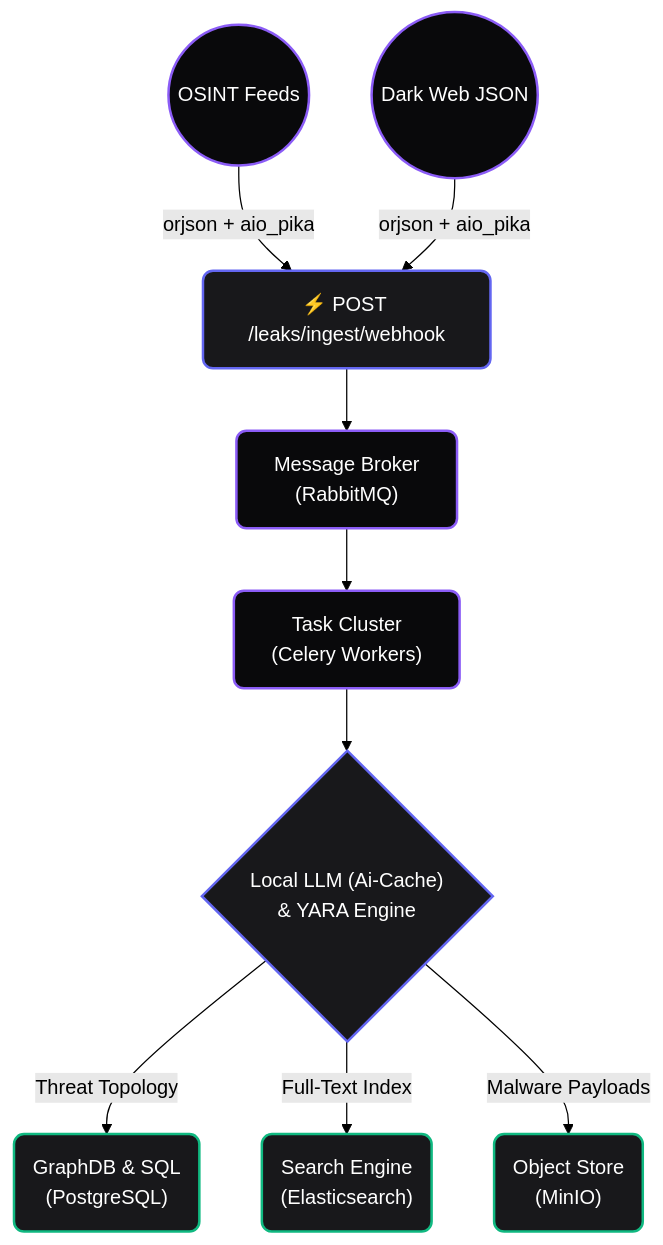
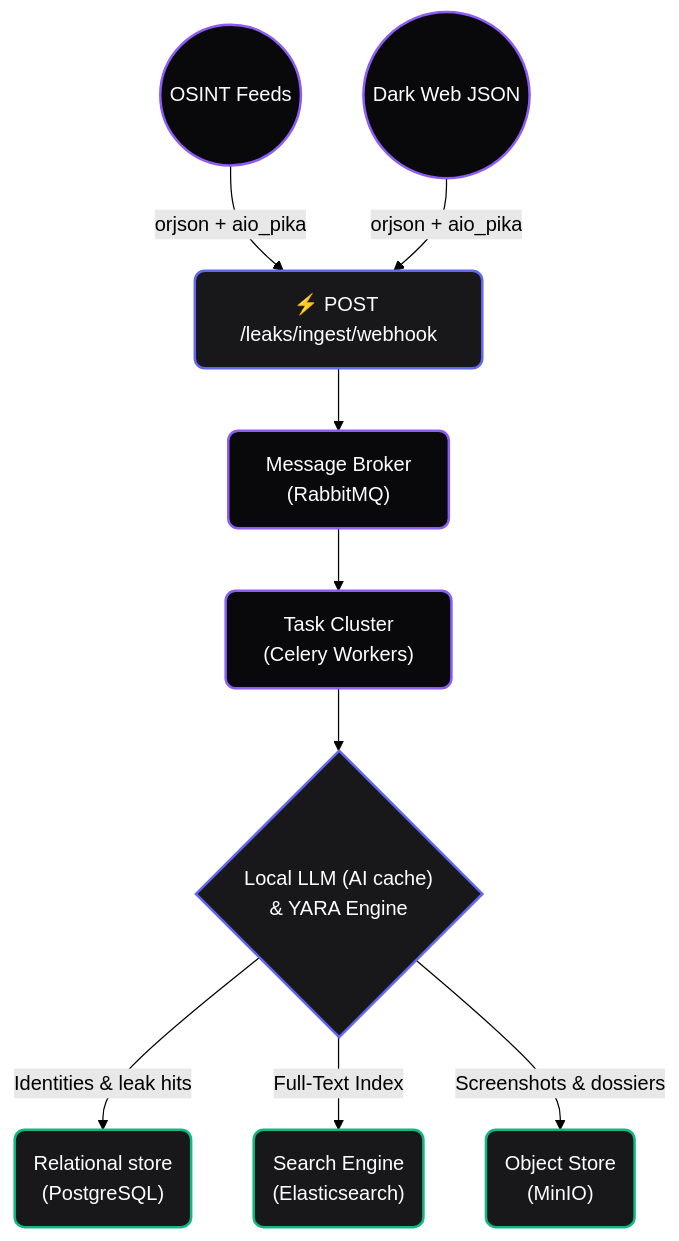
The diagram in README.md (fabriziosalmi/naso), drawn with Mermaid (forest theme) before and after one commit. The commit also changed other lines of this file and 13 other files, not shown here.

````diff
--- a/README.md
+++ b/README.md
@@ -54,21 +60,21 @@
 ```mermaid
 graph TD
     classDef intel fill:#18181b,stroke:#6366f1,stroke-width:2px,color:#FFFFFF,rx:8,ry:8;
     classDef worker fill:#09090b,stroke:#8b5cf6,stroke-width:2px,color:#FFFFFF,rx:8,ry:8;
     classDef storage fill:#18181b,stroke:#10b981,stroke-width:2px,color:#FFFFFF,rx:8,ry:8;
 
     A1((OSINT Feeds)):::worker
     A2((Dark Web JSON)):::worker
 
     B("⚡ POST /leaks/ingest/webhook"):::intel
     A1 & A2 -->|orjson + aio_pika| B
 
-    B --> C["Message Broker\n(RabbitMQ)"]:::worker
-    C --> D["Task Cluster\n(Celery Workers)"]:::worker
+    B --> C["Message Broker<br/>(RabbitMQ)"]:::worker
+    C --> D["Task Cluster<br/>(Celery Workers)"]:::worker
 
-    D --> E{"Local LLM (Ai-Cache)\n& YARA Engine"}:::intel
+    D --> E{"Local LLM (AI cache)<br/>& YARA Engine"}:::intel
 
-    E -->|Threat Topology| F1("GraphDB & SQL\n(PostgreSQL)"):::storage
-    E -->|Full-Text Index| F2("Search Engine\n(Elasticsearch)"):::storage
-    E -->|Malware Payloads| F3("Object Store\n(MinIO)"):::storage
+    E -->|Identities & leak hits| F1("Relational store<br/>(PostgreSQL)"):::storage
+    E -->|Full-Text Index| F2("Search Engine<br/>(Elasticsearch)"):::storage
+    E -->|Screenshots & dossiers| F3("Object Store<br/>(MinIO)"):::storage
 ```
````
